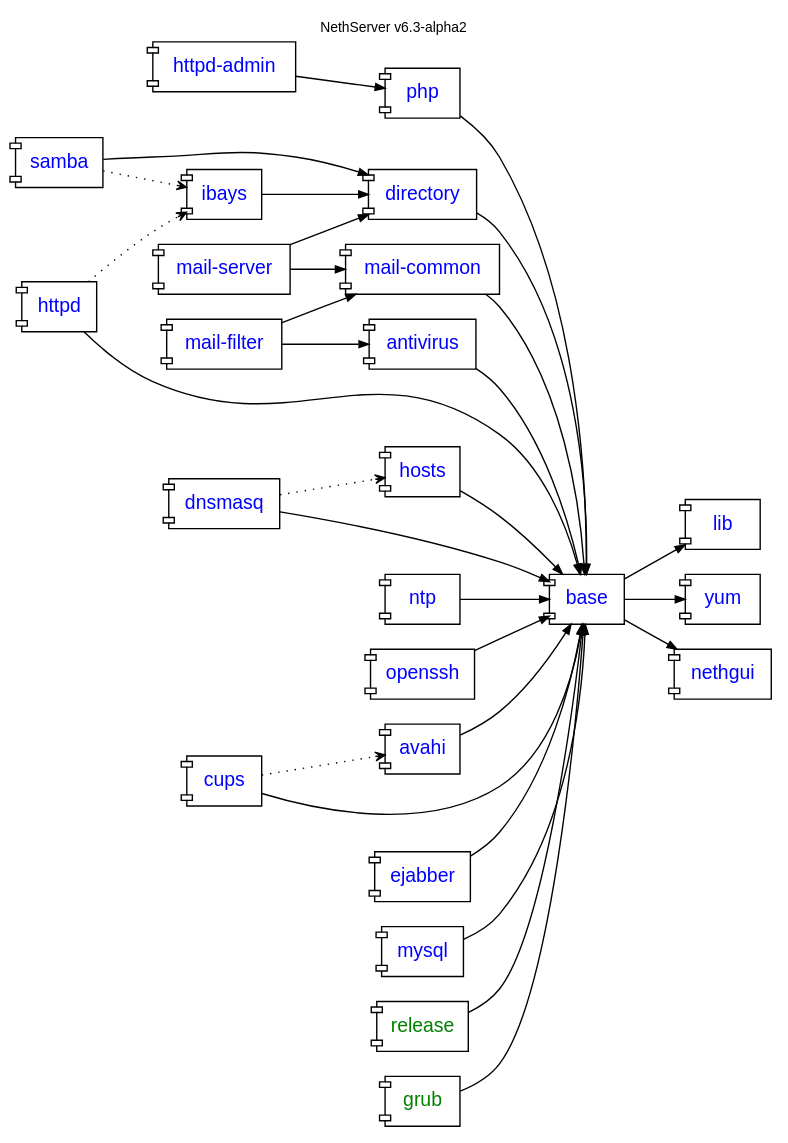
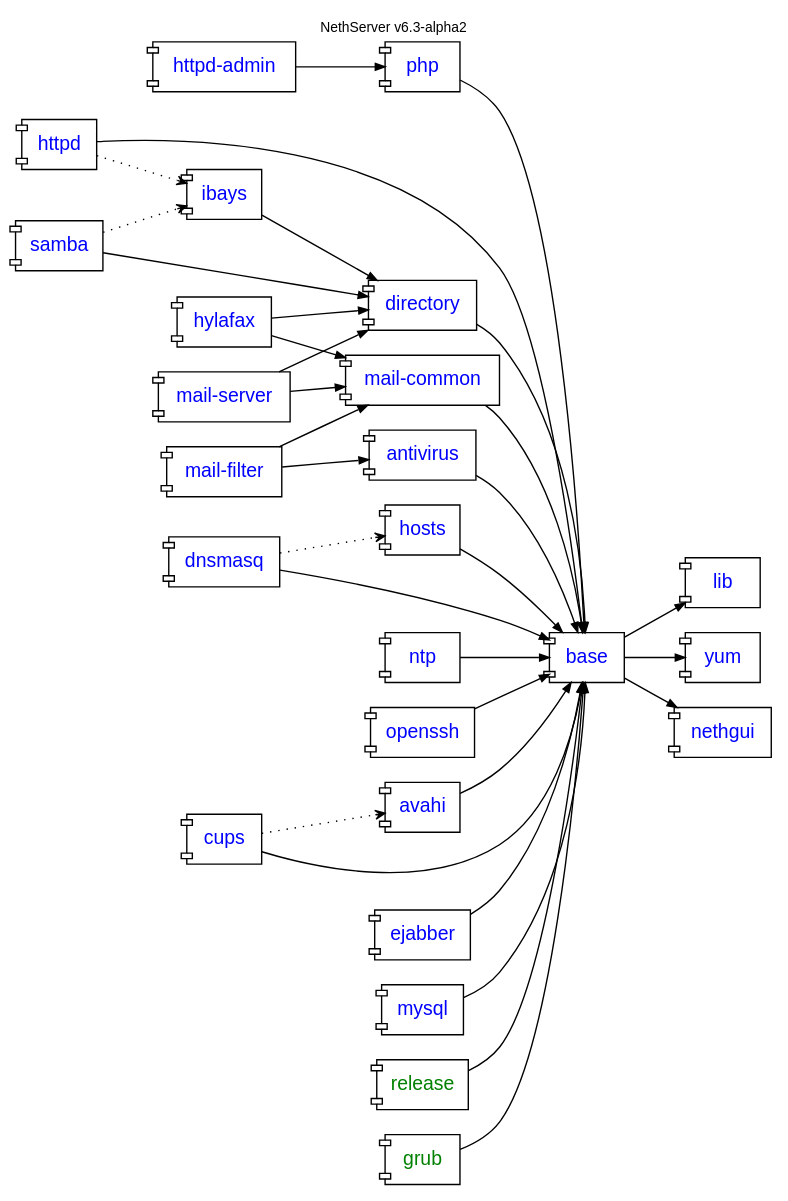
Before and after one commit to nethesis/dev-nethesis-it: the diagram in nethserver/package-dependencies.dot, drawn with Graphviz.

Commit message:
package-dependencies.dot: add hylafax module

```diff
--- a/nethserver/package-dependencies.dot
+++ b/nethserver/package-dependencies.dot
@@ -1,63 +1,66 @@
 digraph "v6.3-alpha2" {
     rankdir = "LR"; compound = true; concentrate = true; fontname = "Helvetica"; fontnames="svg"; fontsize=10.0; label="NethServer v6.3-alpha2"; labelloc = "t"
 
     node [shape="component",fontname="Helvetica"];
     edge [arrowsize=0.7];
 
     httpd_admin [fontcolor=blue,label="httpd-admin",URL="http://dev.nethesis.it/projects/nethserver-httpd-admin"];
     base [fontcolor=blue,URL="http://dev.nethesis.it/projects/nethserver-base"];
     directory [fontcolor=blue,URL="http://dev.nethesis.it/projects/nethserver-directory"];    
     samba [fontcolor=blue,URL="http://dev.nethesis.it/projects/nethserver-samba"];    
     ibays [fontcolor=blue,URL="http://dev.nethesis.it/projects/nethserver-ibays"];    
     lib [fontcolor=blue,URL="http://dev.nethesis.it/projects/nethserver-lib"];    
     httpd [fontcolor=blue,URL="http://dev.nethesis.it/projects/nethserver-httpd"];    
     hosts [fontcolor=blue,URL="http://dev.nethesis.it/projects/nethserver-hosts"];
     php [fontcolor=blue,URL="http://dev.nethesis.it/projects/nethserver-php"];
     yum [fontcolor=blue,URL="http://dev.nethesis.it/projects/nethserver-yum"];
     ntp [fontcolor=blue,URL="http://dev.nethesis.it/projects/nethserver-ntp"];
     dnsmasq [fontcolor=blue,URL="http://dev.nethesis.it/projects/nethserver-dnsmasq"];
     mails [label="mail-server",fontcolor=blue,URL="http://dev.nethesis.it/projects/nethserver-mail-server"];
     mailf [label="mail-filter",fontcolor=blue,URL="http://dev.nethesis.it/projects/nethserver-mail-filter"];
     mailc [label="mail-common",fontcolor=blue,URL="http://dev.nethesis.it/projects/nethserver-mail-common"];
     nethgui [fontcolor=blue,URL="http://dev.nethesis.it/projects/nethgui"];    
     openssh [fontcolor=blue,URL="http://dev.nethesis.it/projects/nethserver-openssh"];
     antivirus [fontcolor=blue,URL="http://dev.nethesis.it/projects/nethserver-antivirus"];
     cups [fontcolor=blue,URL="http://dev.nethesis.it/projects/nethserver-cups"];
     avahi [fontcolor=blue];
     ejabber [fontcolor=blue,URL="http://dev.nethesis.it/projects/nethserver-ejabberd"];
     mysql [fontcolor=blue,URL="http://dev.nethesis.it/projects/nethserver-mysql"];
+    hylafax [fontcolor=blue,URL="http://dev.nethesis.it/projects/nethserver-hylafax"];
 
     release [fontcolor=green,URL="https://dev.nethesis.it/projects/nethserver-base/repository/nethserver-release"];
     grub [fontcolor=green,URL="https://dev.nethesis.it/projects/nethserver-base/repository/nethserver-grub"];
                    
     base -> lib
     base -> nethgui
     openssh -> base
     directory -> base
     samba -> directory
     ibays -> directory
     httpd -> base
     httpd -> ibays [style=dotted,arrowhead=vee];
     dnsmasq -> hosts [style=dotted,arrowhead=vee];
     dnsmasq -> base
     hosts -> base
     httpd_admin -> php
     samba -> ibays [style=dotted,arrowhead=vee];
     base -> yum
     ntp -> base
     php -> base
     mails -> directory
     mails -> mailc
     mailf -> mailc
     mailf -> antivirus
     mailc -> base
     antivirus -> base
     release -> base
     grub -> base
     cups -> base
     avahi -> base
     cups -> avahi [style=dotted,arrowhead=vee];
     ejabber -> base
     mysql -> base
+    hylafax -> directory
+    hylafax -> mailc
 
 }
```
